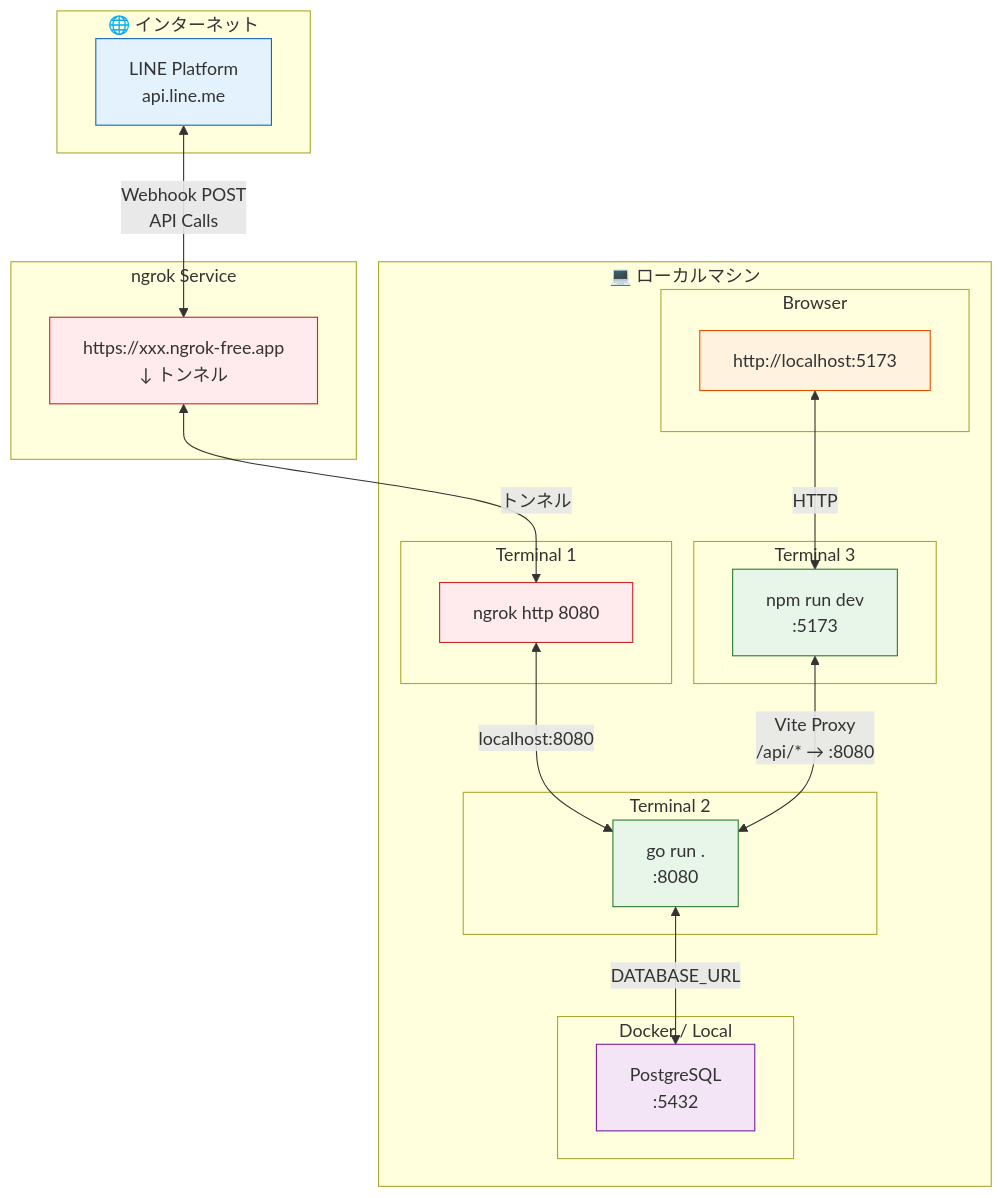
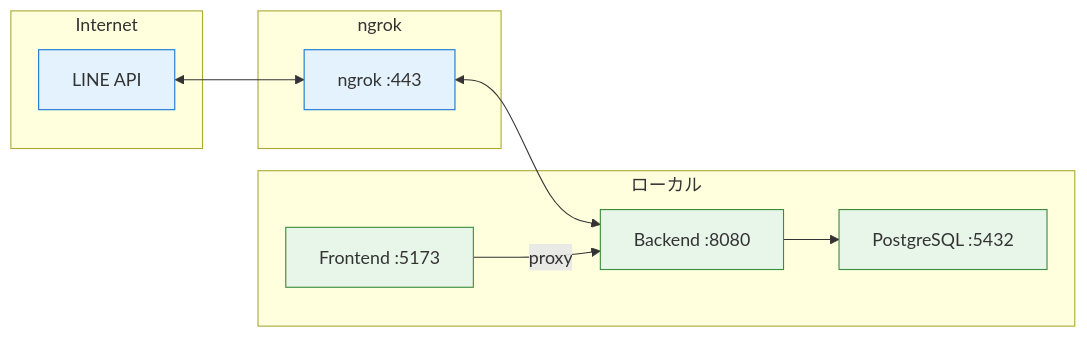
One commit to crackerky/circle-pay changed the third of 3 diagrams in docs/ARCHITECTURE.md. Above: the diagram before and after it, drawn with Mermaid. The commit also changed other lines of this file, not shown here.

Commit message:
Simplify architecture diagrams for better readability

````diff
--- a/docs/ARCHITECTURE.md
+++ b/docs/ARCHITECTURE.md
@@ -396,53 +105,27 @@
 ```mermaid
-flowchart TB
-    subgraph Internet["🌐 インターネット"]
-        LINE_Server["LINE Platform<br/>api.line.me"]
+flowchart LR
+    subgraph Internet
+        LINE["LINE API"]
     end
 
-    subgraph ngrok_service["ngrok Service"]
-        ngrok_url["https://xxx.ngrok-free.app<br/>↓ トンネル"]
+    subgraph ngrok
+        tunnel["ngrok :443"]
     end
 
-    subgraph LocalMachine["💻 ローカルマシン"]
-        subgraph Terminal1["Terminal 1"]
-            ngrok_process["ngrok http 8080"]
-        end
-
-        subgraph Terminal2["Terminal 2"]
-            backend["go run .<br/>:8080"]
-        end
-
-        subgraph Terminal3["Terminal 3"]
-            frontend["npm run dev<br/>:5173"]
-        end
-
-        subgraph Browser["Browser"]
-            dev_page["http://localhost:5173"]
-        end
-
-        subgraph Database_Local["Docker / Local"]
-            postgres["PostgreSQL<br/>:5432"]
-        end
+    subgraph Local["ローカル"]
+        BE["Backend :8080"]
+        FE["Frontend :5173"]
+        DB["PostgreSQL :5432"]
     end
 
-    LINE_Server <-->|"Webhook POST<br/>API Calls"| ngrok_url
-    ngrok_url <-->|"トンネル"| ngrok_process
-    ngrok_process <-->|"localhost:8080"| backend
+    LINE <--> tunnel
+    tunnel <--> BE
+    FE -->|"proxy"| BE
+    BE --> DB
 
-    frontend <-->|"Vite Proxy<br/>/api/* → :8080"| backend
-    backend <-->|"DATABASE_URL"| postgres
+    classDef ext fill:#e3f2fd,stroke:#1976d2
+    classDef local fill:#e8f5e9,stroke:#388e3c
 
-    dev_page <-->|"HTTP"| frontend
-
-    classDef internetStyle fill:#e3f2fd,stroke:#1565c0
-    classDef ngrokStyle fill:#ffebee,stroke:#c62828
-    classDef terminalStyle fill:#e8f5e9,stroke:#2e7d32
-    classDef browserStyle fill:#fff3e0,stroke:#e65100
-    classDef dbStyle fill:#f3e5f5,stroke:#7b1fa2
-
-    class LINE_Server internetStyle
-    class ngrok_url,ngrok_process ngrokStyle
-    class backend,frontend terminalStyle
-    class dev_page browserStyle
-    class postgres dbStyle
+    class LINE,tunnel ext
+    class BE,FE,DB local
 ```
````
